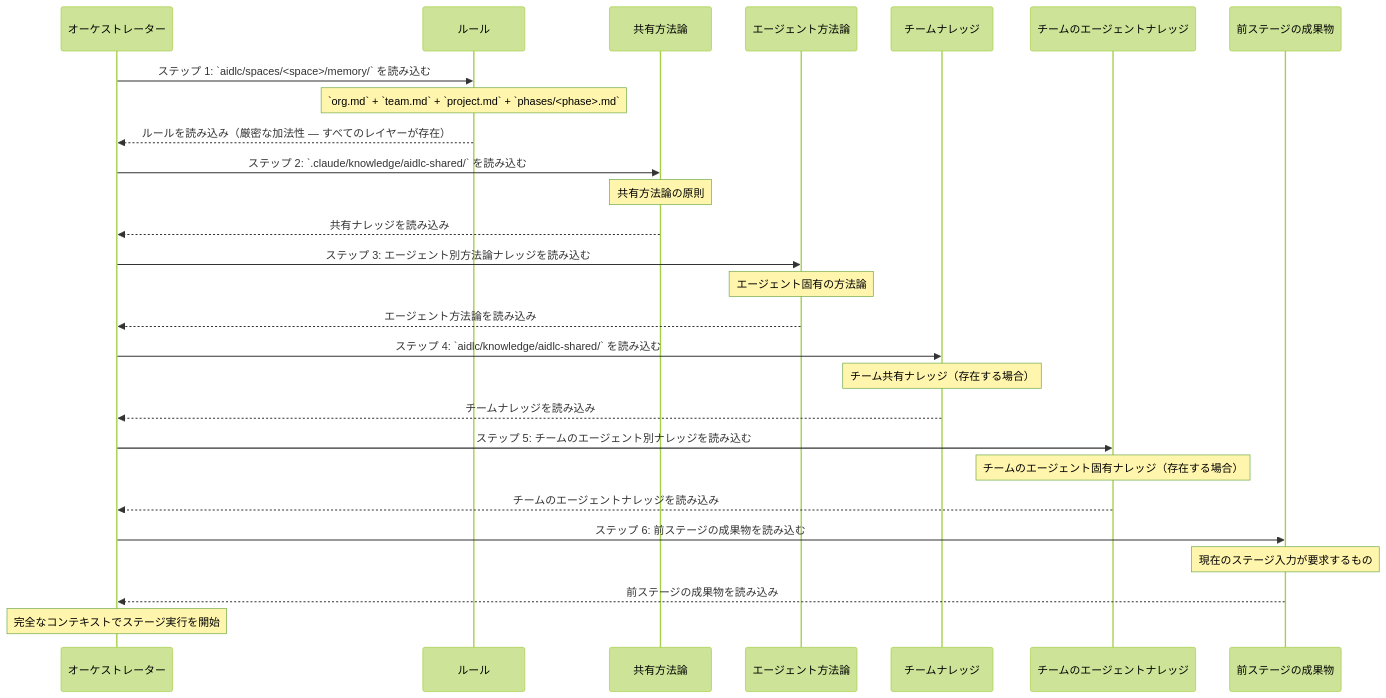
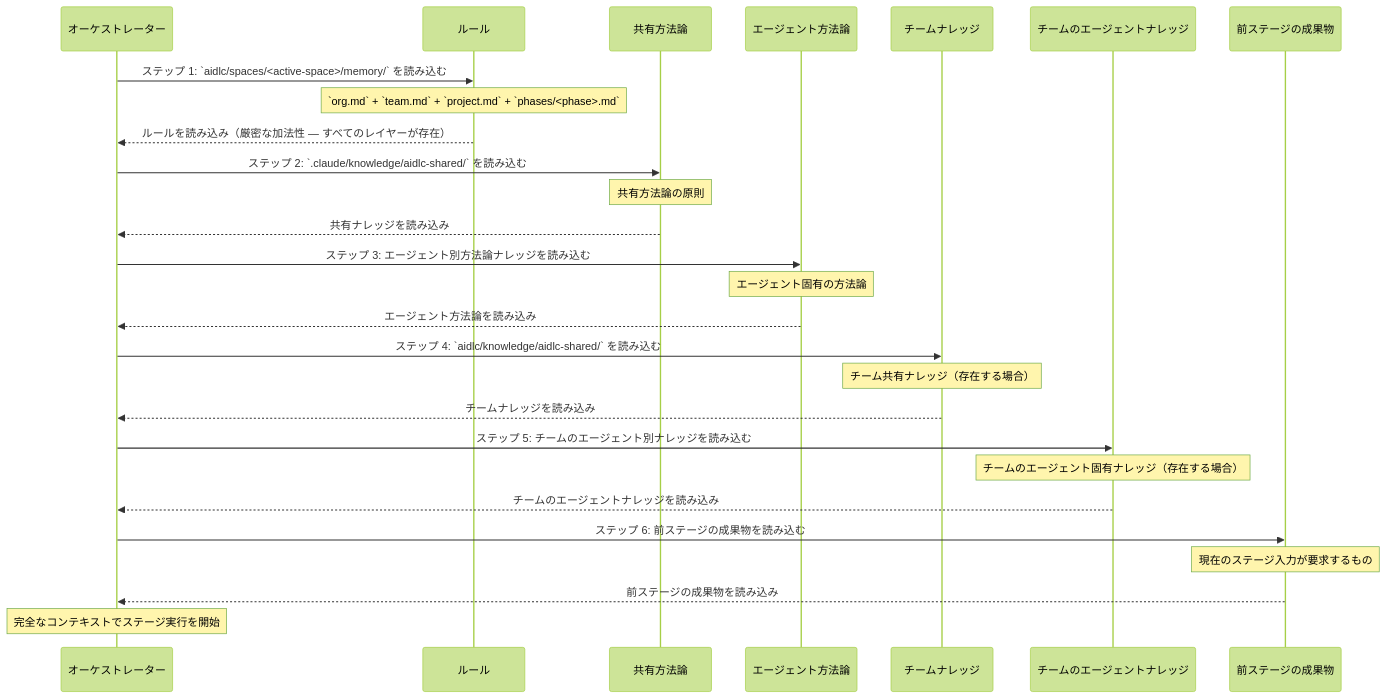
Before and after one commit to otomatty/aidlc-workflows-docs: the ninth of 12 diagrams in docs/reference/diagrams.mdx, drawn with Mermaid (forest theme). The commit also changed other lines of this file and 71 other files, not shown here.

````diff
--- a/docs/reference/diagrams.mdx
+++ b/docs/reference/diagrams.mdx
@@ -436,36 +448,36 @@
 ```mermaid
 sequenceDiagram
     participant O as オーケストレーター
     participant G as ルール
     participant SM as 共有方法論
     participant AM as エージェント方法論
     participant TK as チームナレッジ
     participant TAK as チームのエージェントナレッジ
     participant PA as 前ステージの成果物
 
-    O->>G: ステップ 1: `aidlc/spaces/<space>/memory/` を読み込む
+    O->>G: ステップ 1: `aidlc/spaces/<active-space>/memory/` を読み込む
     Note over G: `org.md` + `team.md` + `project.md` + `phases/<phase>.md`
     G-->>O: ルールを読み込み（厳密な加法性 — すべてのレイヤーが存在）
 
     O->>SM: ステップ 2: `.claude/knowledge/aidlc-shared/` を読み込む
     Note over SM: 共有方法論の原則
     SM-->>O: 共有ナレッジを読み込み
 
     O->>AM: ステップ 3: エージェント別方法論ナレッジを読み込む
     Note over AM: エージェント固有の方法論
     AM-->>O: エージェント方法論を読み込み
 
     O->>TK: ステップ 4: `aidlc/knowledge/aidlc-shared/` を読み込む
     Note over TK: チーム共有ナレッジ（存在する場合）
     TK-->>O: チームナレッジを読み込み
 
     O->>TAK: ステップ 5: チームのエージェント別ナレッジを読み込む
     Note over TAK: チームのエージェント固有ナレッジ（存在する場合）
     TAK-->>O: チームのエージェントナレッジを読み込み
 
     O->>PA: ステップ 6: 前ステージの成果物を読み込む
     Note over PA: 現在のステージ入力が要求するもの
     PA-->>O: 前ステージの成果物を読み込み
 
     Note over O: 完全なコンテキストでステージ実行を開始
 ```
````
